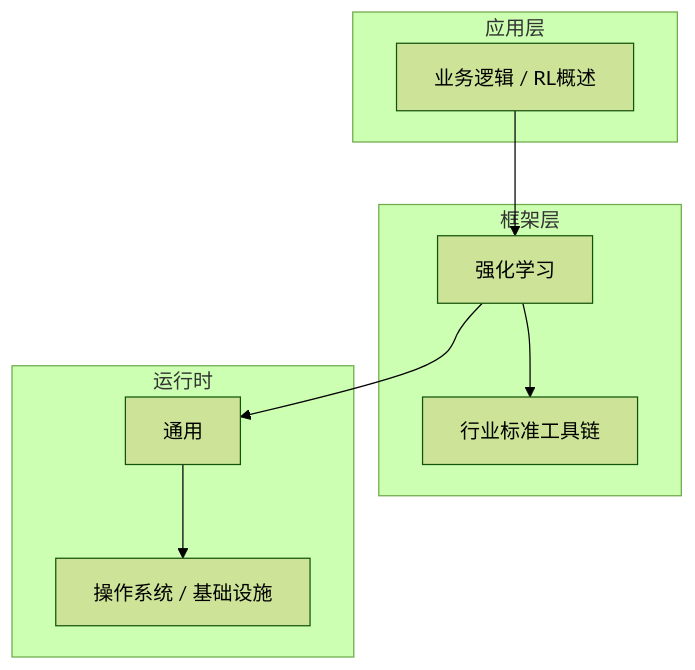
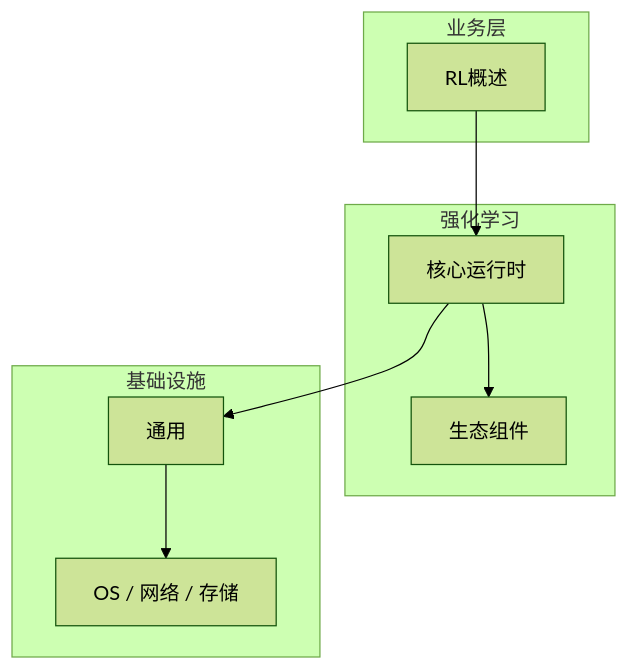
One commit to yanggan2015/knowledge-json-v2 changed the diagram in articles/强化学习/chapters/001-RL概述核心概念与原理.md. Above: the diagram before and after it, drawn with Mermaid (forest theme). The commit also changed other lines of this file and 10127 other files, not shown here.

````diff
--- a/articles/强化学习/chapters/001-RL概述核心概念与原理.md
+++ b/articles/强化学习/chapters/001-RL概述核心概念与原理.md
@@ -45,18 +30,18 @@
 ```mermaid
 graph TB
-    subgraph 应用层
-        A[业务逻辑 / RL概述]
+    subgraph 业务层
+        A[RL概述]
     end
-    subgraph 框架层
-        B[强化学习]
-        C[行业标准工具链]
+    subgraph 强化学习
+        B[核心运行时]
+        C[生态组件]
     end
-    subgraph 运行时
+    subgraph 基础设施
         D[通用]
-        E[操作系统 / 基础设施]
+        E[OS / 网络 / 存储]
     end
     A --> B
     B --> C
     B --> D
     D --> E
 ```
````
